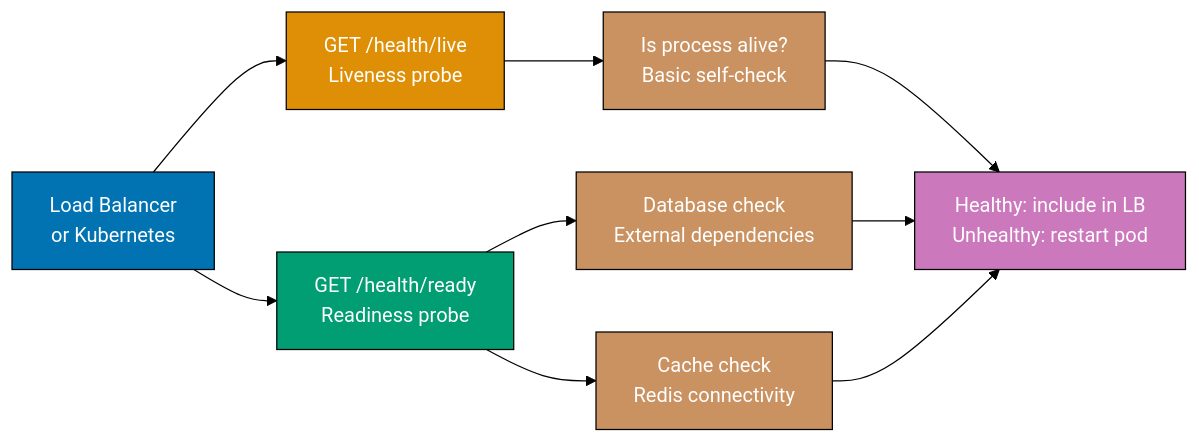
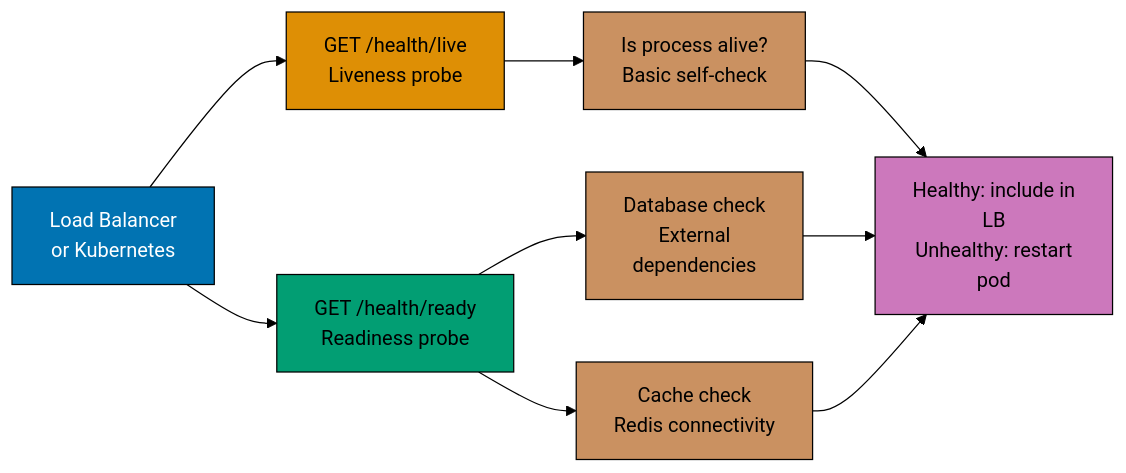
One commit to wahidyankf/ose-public changed the third of 3 diagrams in apps/ayokoding-www/content/en/learn/legacy/software-engineering/platforms/web/tools/csharp-aspnetcore/by-example/intermediate.md. Above: the diagram before and after it, drawn with Mermaid (forest theme). The commit also changed other lines of this file and 130 other files, not shown here.

First line of the commit message:
fix(mermaid): bring the legacy platforms diagrams onto the accessible palette

````diff
--- a/apps/ayokoding-www/content/en/learn/legacy/software-engineering/platforms/web/tools/csharp-aspnetcore/by-example/intermediate.md
+++ b/apps/ayokoding-www/content/en/learn/legacy/software-engineering/platforms/web/tools/csharp-aspnetcore/by-example/intermediate.md
@@ -1420,20 +1436,28 @@
 ```mermaid
 %% Health check types and their purposes
 graph LR
+    accTitle: Example 43: Health Check Endpoints
+    accDescr: Graph with 7 nodes and 8 connections. Nodes: Load Balancer or Kubernetes, GET /health/live Liveness probe, GET /health/ready Readiness probe, Is process alive? Basic self-check, Database check External dependencies, Cache check Redis connectivity, Healthy: include in LB Unhealthy: restart pod. Connections: Load Balancer or Kubernetes to GET /health/live Liveness probe, Load Balancer or Kubernetes to GET /health/ready Readiness probe, GET /health/live Liveness probe to Is process alive? Basic self-check, GET /health/ready Readiness probe to Database check External dependencies, GET /health/ready Readiness probe to Cache check Redis connectivity, Is process alive? Basic self-check to Healthy: include in LB Unhealthy: restart pod, Database check External dependencies to Healthy: include in LB Unhealthy: restart pod, Cache check Redis connectivity to Healthy: include in LB Unhealthy: restart pod.
     A["Load Balancer<br/>or Kubernetes"] --> B["GET /health/live<br/>Liveness probe"]
     A --> C["GET /health/ready<br/>Readiness probe"]
     B --> D["Is process alive?<br/>Basic self-check"]
-    C --> E["Database check<br/>External dependencies"]
+    C --> E["Database check<br/>External<br/>dependencies"]
     C --> F["Cache check<br/>Redis connectivity"]
-    D --> G["Healthy: include in LB<br/>Unhealthy: restart pod"]
+    D --> G["Healthy: include in<br/>LB<br/>Unhealthy: restart<br/>pod"]
     E --> G
     F --> G
 
-    style A fill:#0173B2,stroke:#000,color:#fff
-    style B fill:#DE8F05,stroke:#000,color:#fff
-    style C fill:#029E73,stroke:#000,color:#fff
-    style D fill:#CA9161,stroke:#000,color:#fff
-    style E fill:#CA9161,stroke:#000,color:#fff
-    style F fill:#CA9161,stroke:#000,color:#fff
-    style G fill:#CC78BC,stroke:#000,color:#fff
+    classDef pal-0173B2 fill:#0173B2,stroke:#000000,color:#FFFFFF
+    class A pal-0173B2
+    classDef pal-DE8F05 fill:#DE8F05,stroke:#000000,color:#000000
+    class B pal-DE8F05
+    classDef pal-029E73 fill:#029E73,stroke:#000000,color:#000000
+    class C pal-029E73
+    classDef pal-CA9161 fill:#CA9161,stroke:#000000,color:#000000
+    class D pal-CA9161
+    class E pal-CA9161
+    class F pal-CA9161
+    classDef pal-CC78BC fill:#CC78BC,stroke:#000000,color:#000000
+    class G pal-CC78BC
+    classDef default fill:#FFFFFF,stroke:#000000,color:#000000
 ```
````
